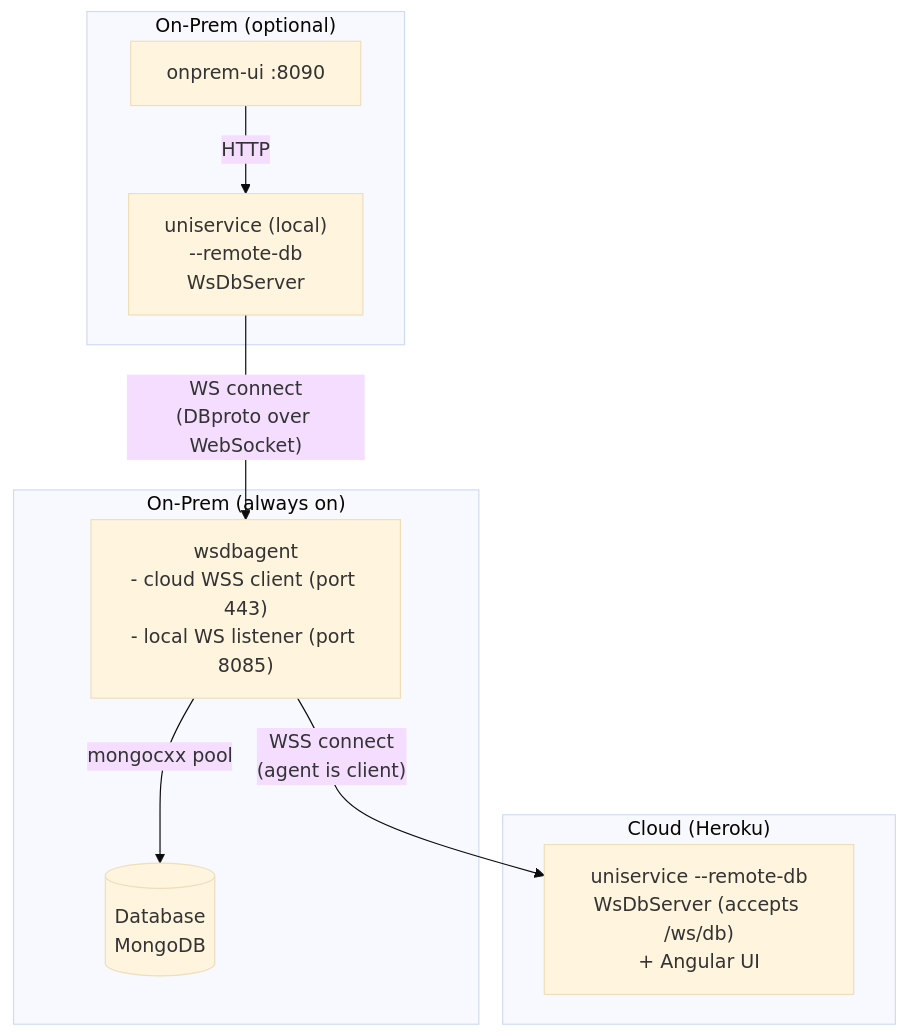
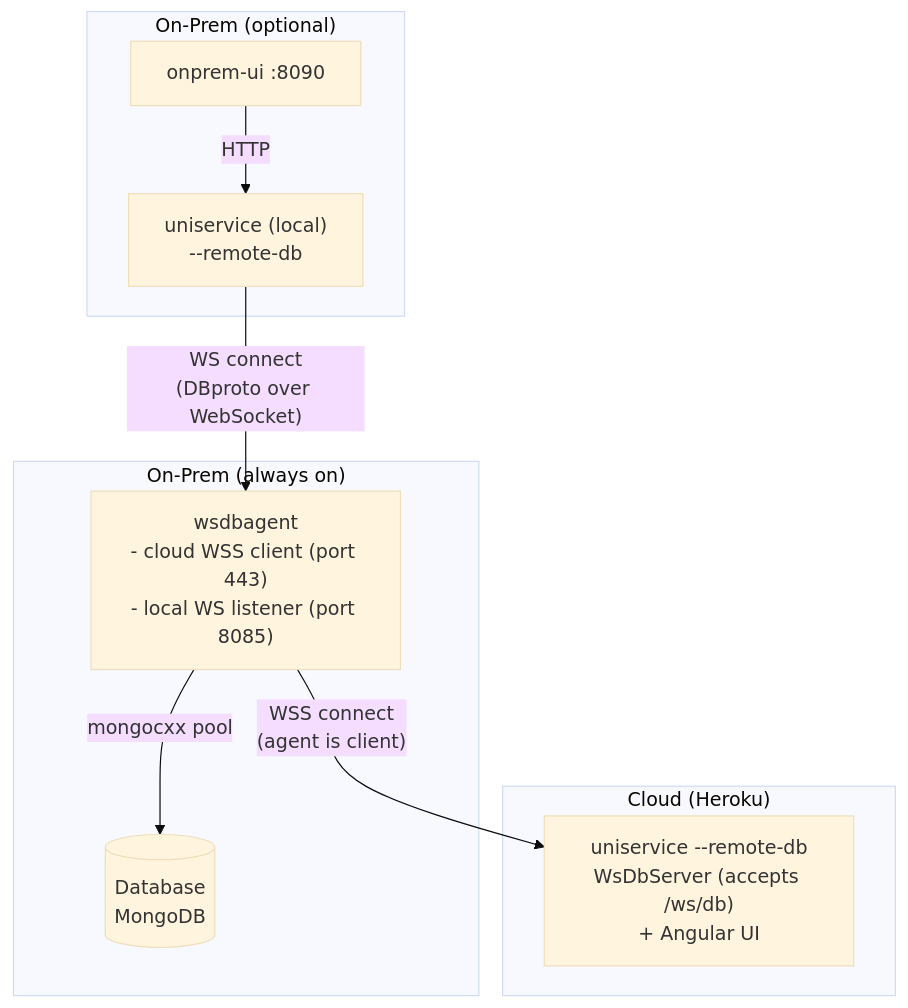
The diagram in docs/local-ws-agent.md (naushada/xpmile), drawn with Mermaid (base theme) before and after one commit. The commit also changed other lines of this file and 8 other files, not shown here.

````diff
--- a/docs/local-ws-agent.md
+++ b/docs/local-ws-agent.md
@@ -30,21 +28,21 @@
 ```mermaid
 flowchart TB
     subgraph Cloud ["Cloud (Heroku)"]
         uniservice_cloud["uniservice --remote-db<br/>WsDbServer (accepts /ws/db)<br/>+ Angular UI"]
     end
 
     subgraph OnPrem_always ["On-Prem (always on)"]
         wsdbagent["wsdbagent<br/>- cloud WSS client (port 443)<br/>- local WS listener (port 8085)"]
         mongodb[("Database<br/>MongoDB")]
         wsdbagent -->|"mongocxx pool"| mongodb
     end
 
     subgraph OnPrem_optional ["On-Prem (optional)"]
         onprem_ui["onprem-ui :8090"]
-        uniservice_local["uniservice (local)<br/>--remote-db<br/>WsDbServer"]
+        uniservice_local["uniservice (local)<br/>--remote-db"]
         onprem_ui -->|"HTTP"| uniservice_local
     end
 
     wsdbagent -->|"WSS connect<br/>(agent is client)"| uniservice_cloud
     uniservice_local -->|"WS connect<br/>(DBproto over WebSocket)"| wsdbagent
 ```
````
